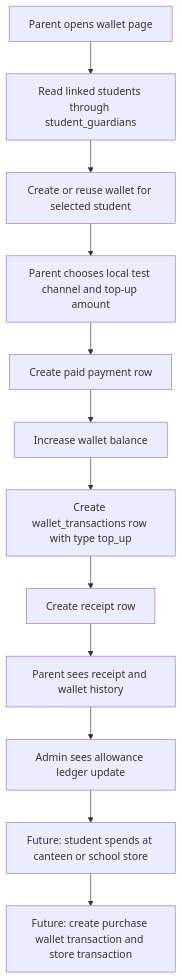
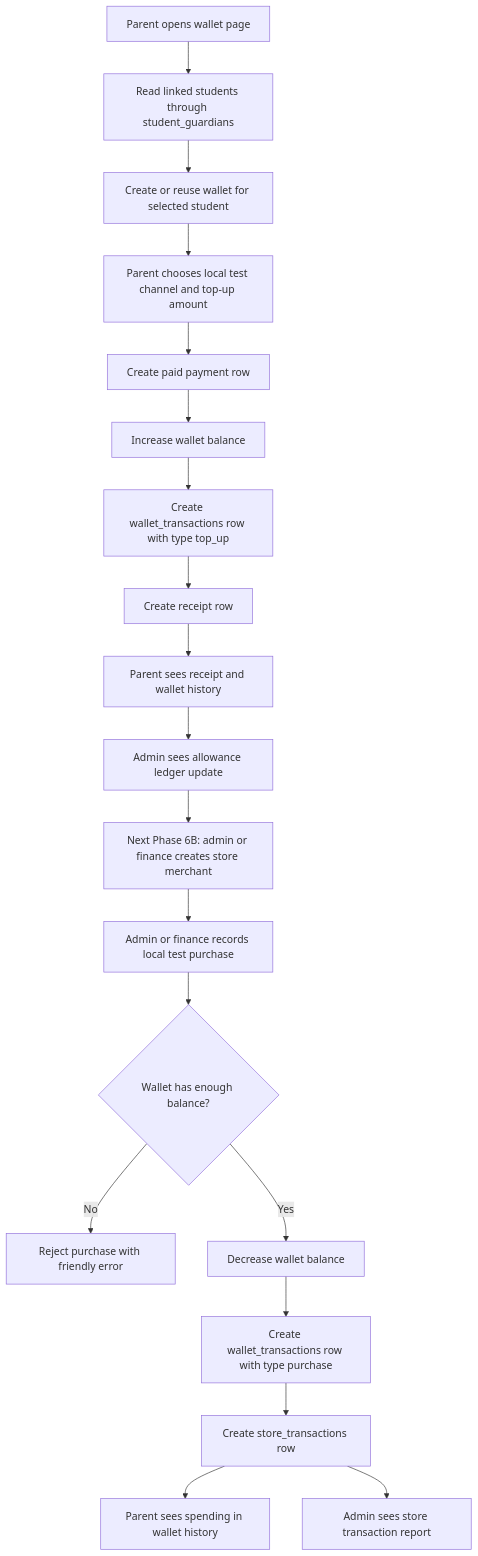
Before and after one commit to Xeyn19/xmetapay: diagram 14 of 14 in docs/PROJECT_FLOWCHARTS.md, drawn with Mermaid. The commit also changed other lines of this file and 5 other files, not shown here.

````diff
--- a/docs/PROJECT_FLOWCHARTS.md
+++ b/docs/PROJECT_FLOWCHARTS.md
@@ -436,14 +435,21 @@
 ```mermaid
 flowchart TD
   A["Parent opens wallet page"] --> B["Read linked students through student_guardians"]
   B --> C["Create or reuse wallet for selected student"]
   C --> D["Parent chooses local test channel and top-up amount"]
   D --> E["Create paid payment row"]
   E --> F["Increase wallet balance"]
   F --> G["Create wallet_transactions row with type top_up"]
   G --> H["Create receipt row"]
   H --> I["Parent sees receipt and wallet history"]
   I --> J["Admin sees allowance ledger update"]
-  J --> K["Future: student spends at canteen or school store"]
-  K --> L["Future: create purchase wallet transaction and store transaction"]
+  J --> K["Next Phase 6B: admin or finance creates store merchant"]
+  K --> L["Admin or finance records local test purchase"]
+  L --> M{"Wallet has enough balance?"}
+  M -->|No| N["Reject purchase with friendly error"]
+  M -->|Yes| O["Decrease wallet balance"]
+  O --> P["Create wallet_transactions row with type purchase"]
+  P --> Q["Create store_transactions row"]
+  Q --> R["Parent sees spending in wallet history"]
+  Q --> S["Admin sees store transaction report"]
 ```
````
